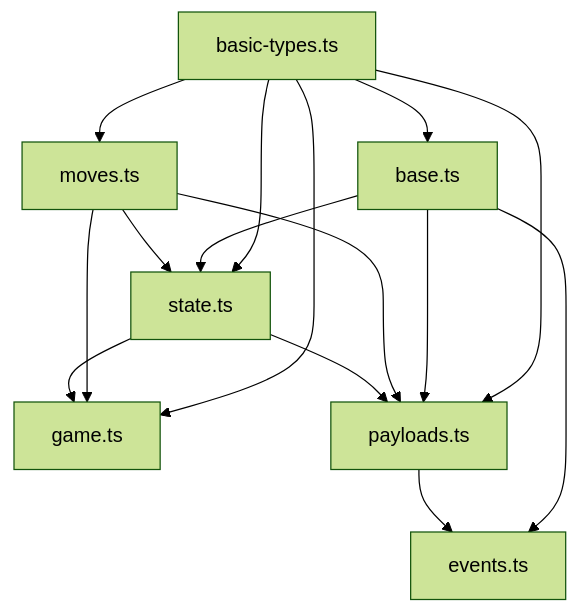
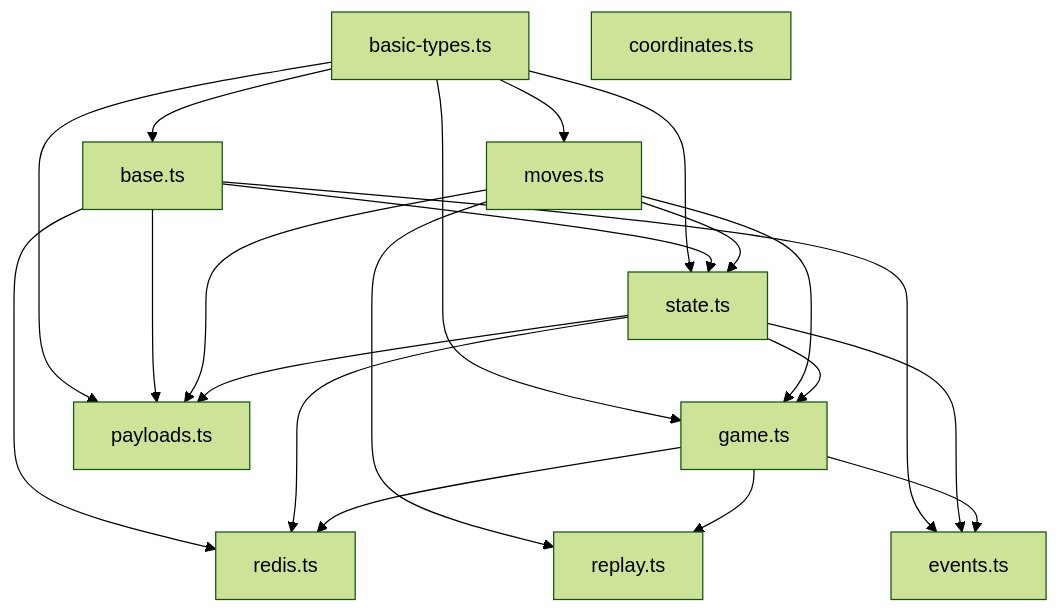
One commit to vcb88/ctorgame changed the first of 9 diagrams in docs/TYPE_DEPENDENCIES.md. Above: the diagram before and after it, drawn with Mermaid (forest theme). The commit also changed other lines of this file, not shown here.

````diff
--- a/docs/TYPE_DEPENDENCIES.md
+++ b/docs/TYPE_DEPENDENCIES.md
@@ -5,25 +5,34 @@
 ```mermaid
 graph TD
     basics[basic-types.ts]
     base[base.ts]
     moves[moves.ts]
     state[state.ts]
     game[game.ts]
     events[events.ts]
     payloads[payloads.ts]
+    coordinates[coordinates.ts]
+    redis[redis.ts]
+    replay[replay.ts]
 
     basics --> base
     basics --> moves
     basics --> state
     basics --> game
     basics --> payloads
     base --> state
     base --> payloads
     base --> events
+    base --> redis
     moves --> state
     moves --> game
     moves --> payloads
+    moves --> replay
     state --> game
     state --> payloads
-    payloads --> events
+    state --> redis
+    state --> events
+    game --> redis
+    game --> replay
+    game --> events
 ```
````
